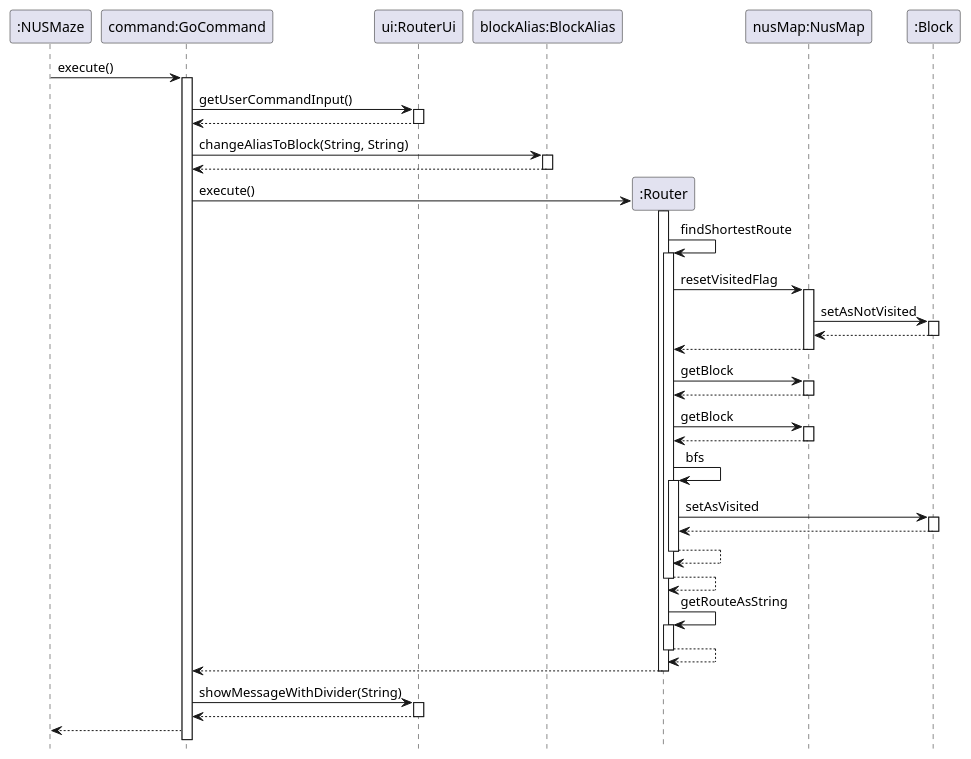
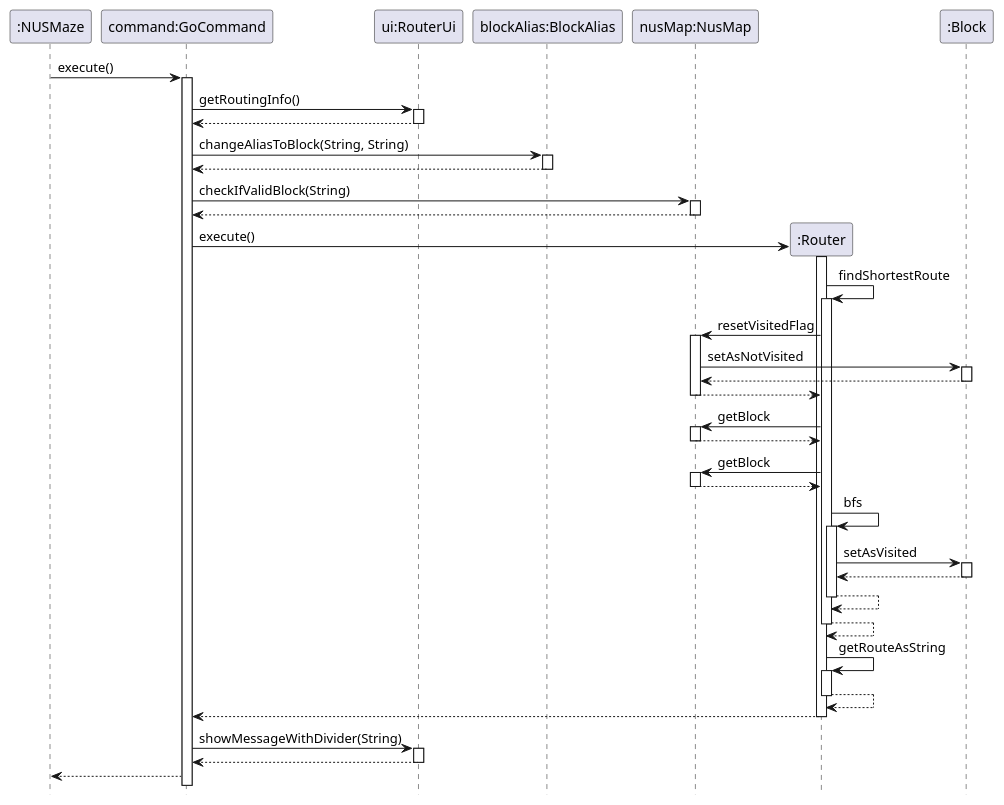
One commit to nus-cs2113-AY2021S2/tp changed the diagram in docs/puml/routersequencediagram.puml. Above: the diagram before and after it, drawn with PlantUML. The commit also changed 3 other files, not shown here.

```diff
--- a/docs/puml/routersequencediagram.puml
+++ b/docs/puml/routersequencediagram.puml
@@ -1,61 +1,64 @@
 @startuml
 hide footbox
 participant ":NUSMaze"
 participant "command:GoCommand"
 participant "ui:RouterUi"
 participant "blockAlias:BlockAlias"
 ":NUSMaze"-> "command:GoCommand" : execute()
 activate "command:GoCommand"
-"command:GoCommand" -> "ui:RouterUi": getUserCommandInput()
+"command:GoCommand" -> "ui:RouterUi": getRoutingInfo()
 activate "ui:RouterUi"
 "ui:RouterUi" --> "command:GoCommand":
 deactivate "ui:RouterUi"
 "command:GoCommand" -> "blockAlias:BlockAlias": changeAliasToBlock(String, String)
 activate "blockAlias:BlockAlias"
+return
+"command:GoCommand" -> "nusMap:NusMap": checkIfValidBlock(String)
+activate "nusMap:NusMap"
 return
 deactivate "blockAlias:BlockAlias"
 create ":Router"
 "command:GoCommand" -> ":Router" : execute()
 activate ":Router"
 ":Router" -> ":Router" : findShortestRoute
 activate ":Router"
 ":Router" -> "nusMap:NusMap" : resetVisitedFlag
 activate "nusMap:NusMap"
 "nusMap:NusMap" -> ":Block" : setAsNotVisited
 activate ":Block"
 ":Block" --> "nusMap:NusMap"
 deactivate ":Block"
 "nusMap:NusMap" --> ":Router"
 deactivate "nusMap:NusMap"
 ":Router" -> "nusMap:NusMap" : getBlock
 activate "nusMap:NusMap"
 "nusMap:NusMap" --> ":Router"
 deactivate "nusMap:NusMap"
 ":Router" -> "nusMap:NusMap" : getBlock
 activate "nusMap:NusMap"
 "nusMap:NusMap" --> ":Router"
 deactivate "nusMap:NusMap"
 ":Router" -> ":Router" : bfs
 activate ":Router"
 ":Router" -> ":Block" : setAsVisited
 activate ":Block"
 ":Block" --> ":Router"
 deactivate ":Block"
 deactivate "nusMap:NusMap"
 deactivate ":Block"
 ":Router" --> ":Router"
 deactivate ":Router"
 ":Router" --> ":Router"
 deactivate ":Router"
 ":Router" -> ":Router" : getRouteAsString
 activate ":Router"
 ":Router" --> ":Router"
 deactivate ":Router"
 ":Router" --> "command:GoCommand"
 deactivate ":Router"
 "command:GoCommand" -> "ui:RouterUi": showMessageWithDivider(String)
 activate "ui:RouterUi"
 return
 
  "command:GoCommand" --> ":NUSMaze"
 @enduml
```
